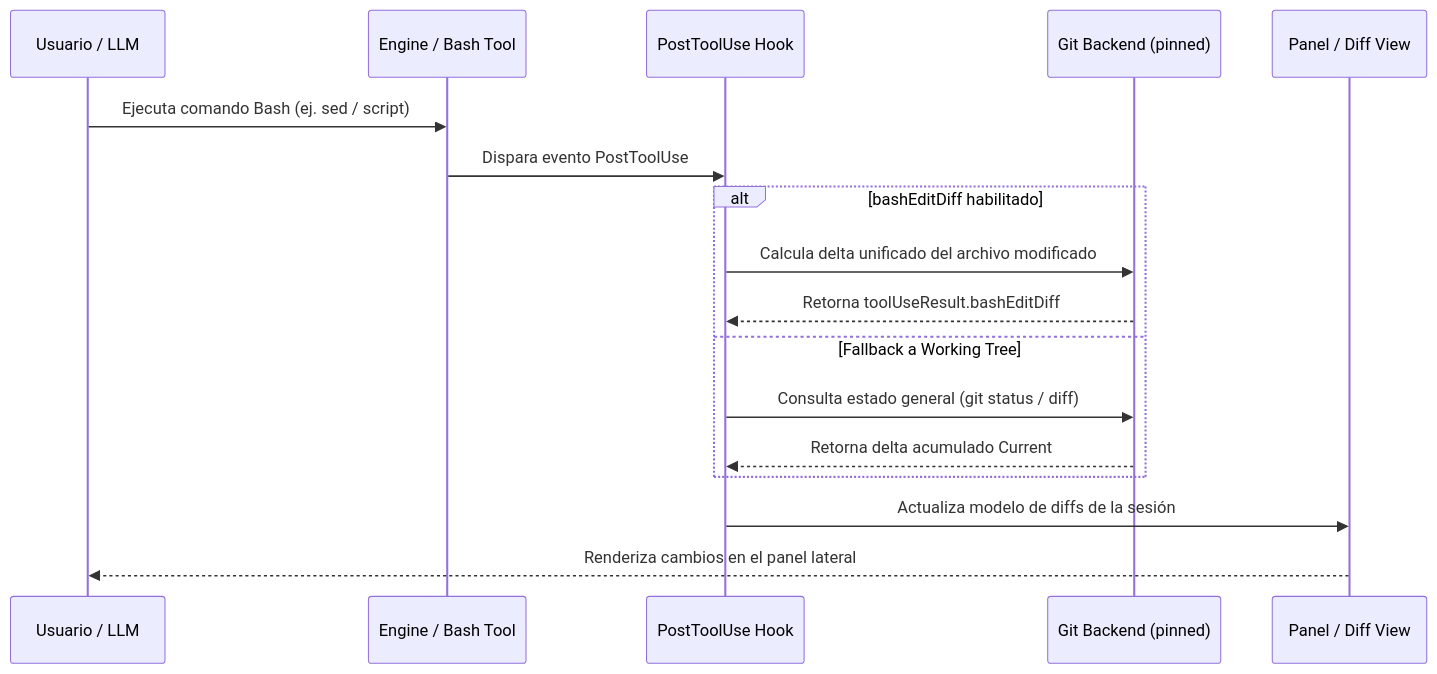
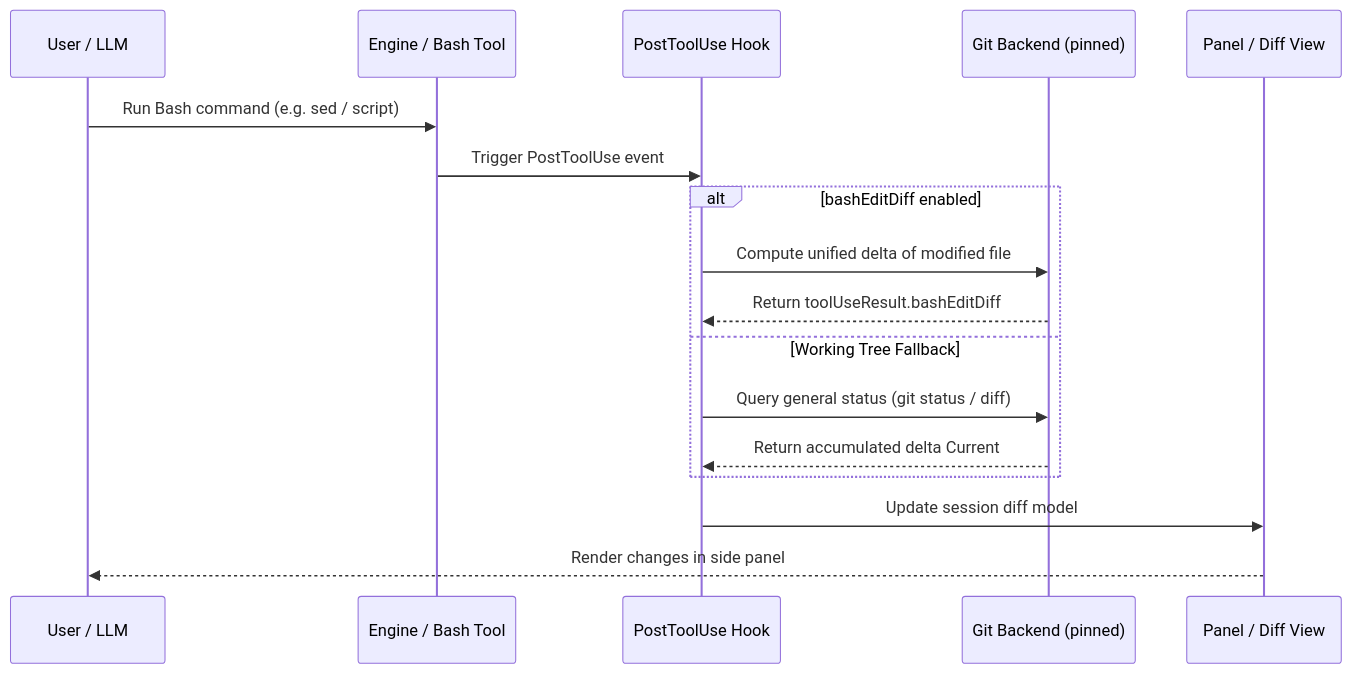
Before and after one commit to agmonetti/pi-iteration-diff: the first of 2 diagrams in research/CLAUDE_CODE_DIFF_DEEP_DIVE.md, drawn with Mermaid. The commit also changed other lines of this file and 17 other files, not shown here.

````diff
--- a/research/CLAUDE_CODE_DIFF_DEEP_DIVE.md
+++ b/research/CLAUDE_CODE_DIFF_DEEP_DIVE.md
@@ -55,20 +55,20 @@
 ```mermaid
 sequenceDiagram
-    participant User as Usuario / LLM
+    participant User as User / LLM
     participant Engine as Engine / Bash Tool
     participant Hook as PostToolUse Hook
     participant Git as Git Backend (pinned)
     participant UI as Panel / Diff View
 
-    User->>Engine: Ejecuta comando Bash (ej. sed / script)
-    Engine->>Hook: Dispara evento PostToolUse
-    alt bashEditDiff habilitado
-        Hook->>Git: Calcula delta unificado del archivo modificado
-        Git-->>Hook: Retorna toolUseResult.bashEditDiff
-    else Fallback a Working Tree
-        Hook->>Git: Consulta estado general (git status / diff)
-        Git-->>Hook: Retorna delta acumulado Current
+    User->>Engine: Run Bash command (e.g. sed / script)
+    Engine->>Hook: Trigger PostToolUse event
+    alt bashEditDiff enabled
+        Hook->>Git: Compute unified delta of modified file
+        Git-->>Hook: Return toolUseResult.bashEditDiff
+    else Working Tree Fallback
+        Hook->>Git: Query general status (git status / diff)
+        Git-->>Hook: Return accumulated delta Current
     end
-    Hook->>UI: Actualiza modelo de diffs de la sesión
-    UI-->>User: Renderiza cambios en el panel lateral
+    Hook->>UI: Update session diff model
+    UI-->>User: Render changes in side panel
 ```
````
